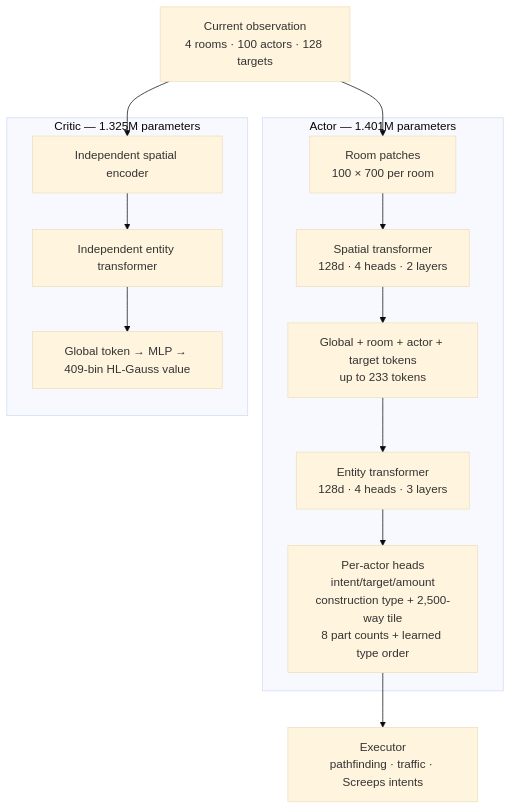
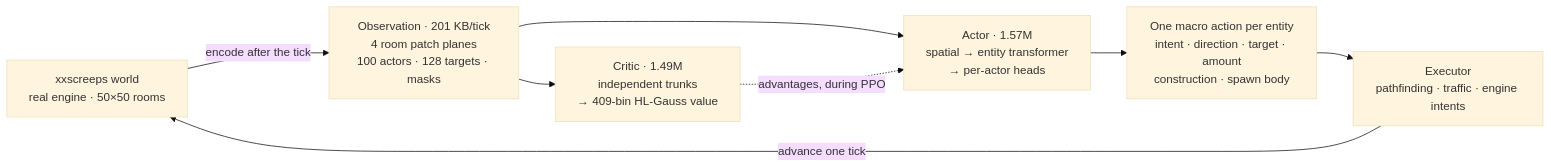
One commit to CarsonBurke/xxscreeps changed the first of 2 diagrams in samples/rl/README.md. Above: the diagram before and after it, drawn with Mermaid (base theme). The commit also changed other lines of this file and 3 other files, not shown here.

````diff
--- a/samples/rl/README.md
+++ b/samples/rl/README.md
@@ -57,25 +98,17 @@
 ```mermaid
-flowchart TB
-    O["Current observation<br/>4 rooms · 100 actors · 128 targets"]
+flowchart LR
+    W["xxscreeps world<br/>real engine · 50×50 rooms"]
+    O["Observation · 201 KB/tick<br/>4 room patch planes<br/>100 actors · 128 targets · masks"]
+    AC["Actor · 1.57M<br/>spatial → entity transformer<br/>→ per-actor heads"]
+    CR["Critic · 1.49M<br/>independent trunks<br/>→ 409-bin HL-Gauss value"]
+    A["One macro action per entity<br/>intent · direction · target · amount<br/>construction · spawn body"]
+    X["Executor<br/>pathfinding · traffic · engine intents"]
 
-    subgraph A["Actor — 1.401M parameters"]
-        A1["Room patches<br/>100 × 700 per room"]
-        A2["Spatial transformer<br/>128d · 4 heads · 2 layers"]
-        A3["Global + room + actor + target tokens<br/>up to 233 tokens"]
-        A4["Entity transformer<br/>128d · 4 heads · 3 layers"]
-        A5["Per-actor heads<br/>intent/target/amount<br/>construction type + 2,500-way tile<br/>8 part counts + learned type order"]
-        A1 --> A2 --> A3 --> A4 --> A5
-    end
-
-    subgraph C["Critic — 1.325M parameters"]
-        C1["Independent spatial encoder"]
-        C2["Independent entity transformer"]
-        C3["Global token → MLP → 409-bin HL-Gauss value"]
-        C1 --> C2 --> C3
-    end
-
-    E["Executor<br/>pathfinding · traffic · Screeps intents"]
-    O --> A1
-    O --> C1
-    A5 --> E
+    W -->|encode after the tick| O
+    O --> AC
+    O --> CR
+    AC --> A
+    A --> X
+    X -->|advance one tick| W
+    CR -.->|advantages, during PPO| AC
 ```
````
